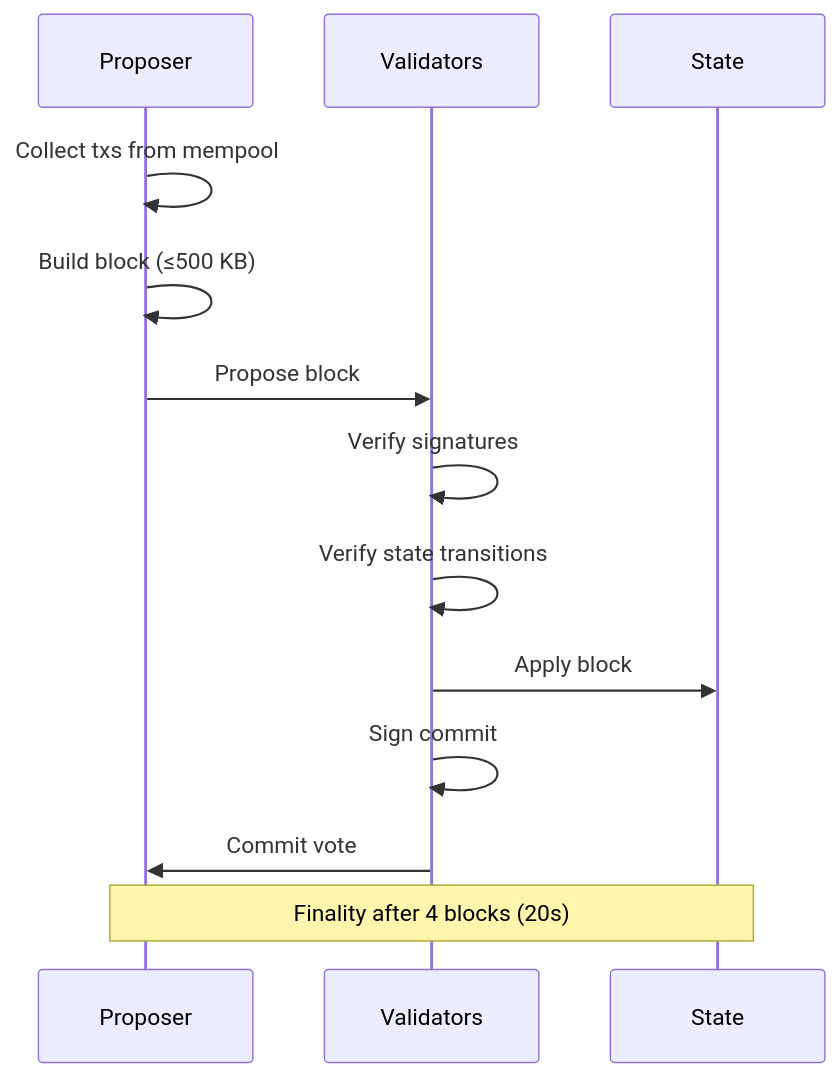
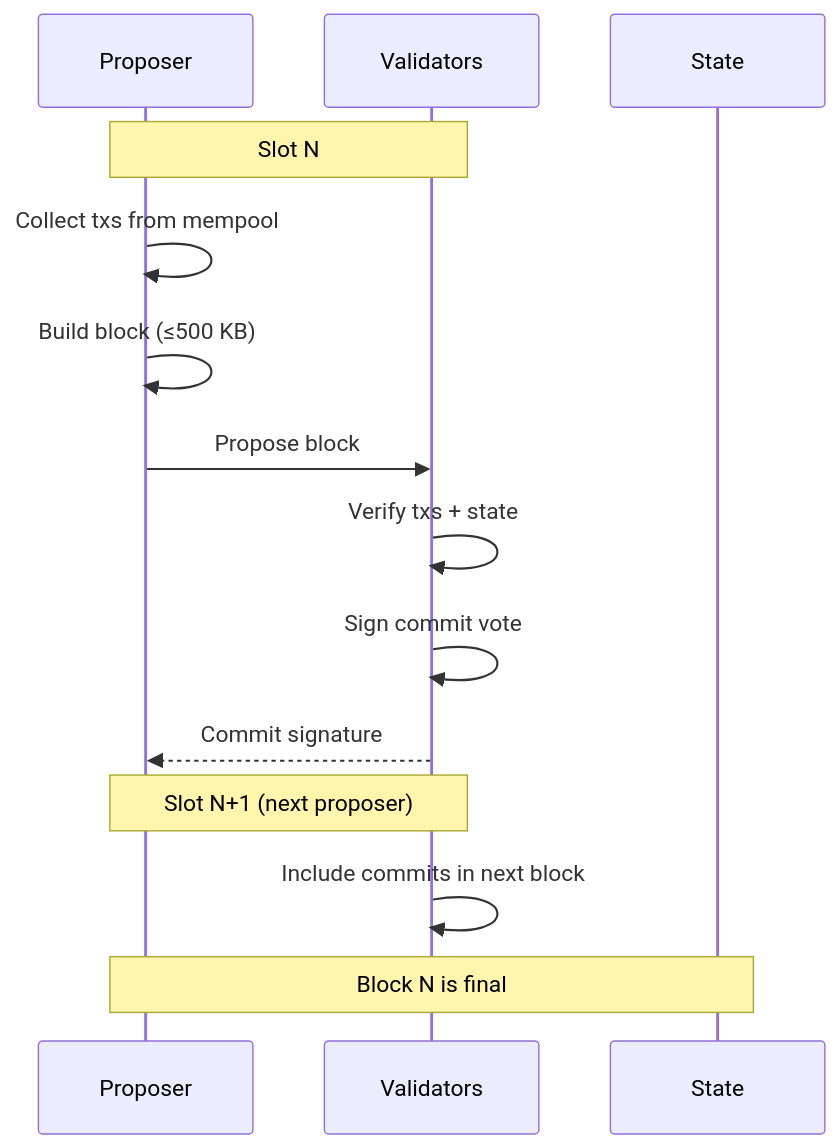
One commit to Monbuticloud/mononium changed the diagram in docs/plans/V0.1.0/Consensus.md. Above: the diagram before and after it, drawn with Mermaid. The commit also changed other lines of this file and 30 other files, not shown here.

````diff
--- a/docs/plans/V0.1.0/Consensus.md
+++ b/docs/plans/V0.1.0/Consensus.md
@@ -23,16 +73,18 @@
 ```mermaid
 sequenceDiagram
     participant Proposer
     participant Validators
     participant State
 
+    Note over Proposer,Validators: Slot N
     Proposer->>Proposer: Collect txs from mempool
     Proposer->>Proposer: Build block (≤500 KB)
     Proposer->>Validators: Propose block
-    Validators->>Validators: Verify signatures
-    Validators->>Validators: Verify state transitions
-    Validators->>State: Apply block
-    Validators->>Validators: Sign commit
-    Validators->>Proposer: Commit vote
-    Note over Proposer,State: Finality after 4 blocks (20s)
+    Validators->>Validators: Verify txs + state
+    Validators->>Validators: Sign commit vote
+    Validators-->>Proposer: Commit signature
+
+    Note over Proposer,Validators: Slot N+1 (next proposer)
+    Validators->>Validators: Include commits in next block
+    Note over Proposer,State: Block N is final
 ```
````
